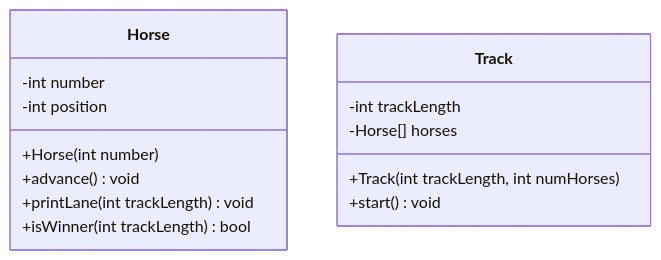
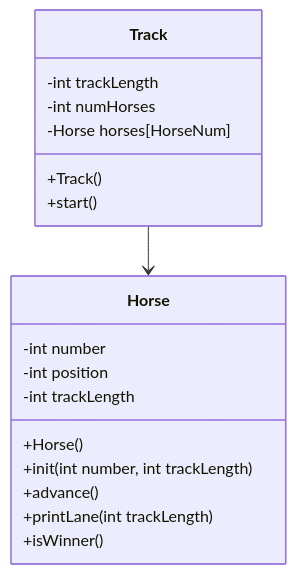
Before and after one commit to avrumhamlincoln/OOP-horse-race: the diagram in readme.md, drawn with Mermaid. The commit also changed other lines of this file and 1 other file, not shown here.

````diff
--- a/readme.md
+++ b/readme.md
@@ -1,20 +1,24 @@
 ```mermaid
 
 classDiagram
     class Horse {
         -int number
         -int position
-        +Horse(int number)
-        +advance() void
-        +printLane(int trackLength) void
-        +isWinner(int trackLength) bool
+        -int trackLength
+        +Horse()
+        +init(int number, int trackLength)
+        +advance()
+        +printLane(int trackLength)
+        +isWinner()
     }
 
     class Track {
         -int trackLength
-        -Horse[] horses
-        +Track(int trackLength, int numHorses)
-        +start() void
+        -int numHorses
+        -Horse horses[HorseNum]
+        +Track()
+        +start()
     }
 
+Track --> Horse
 ```
````
